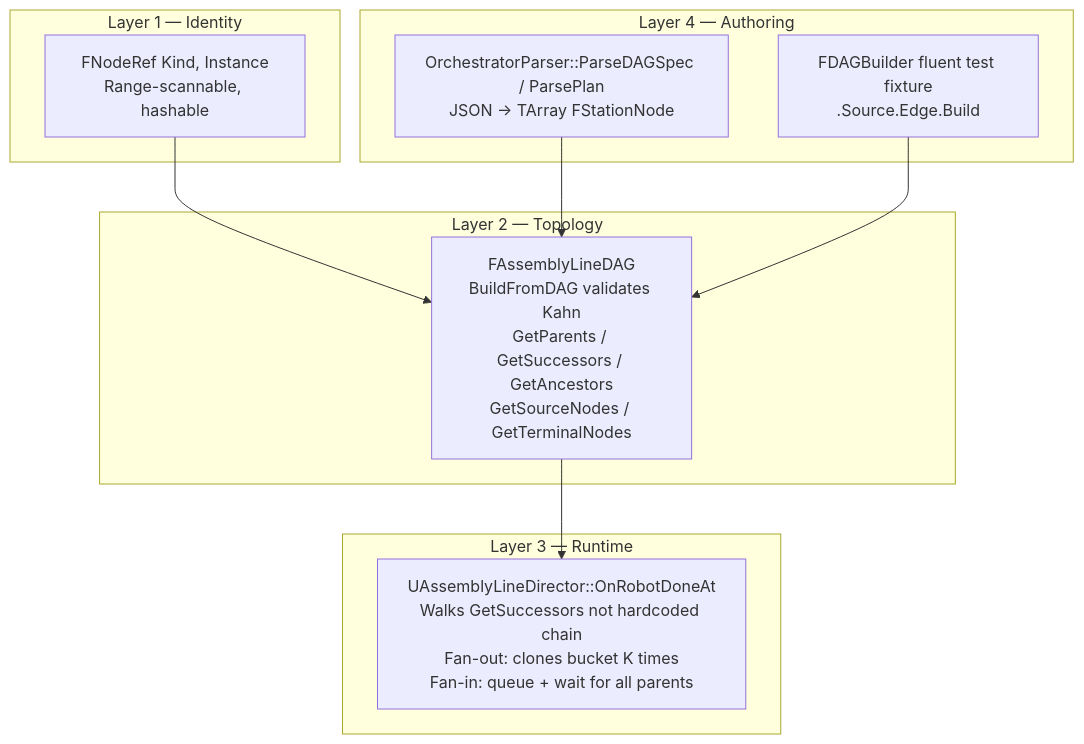
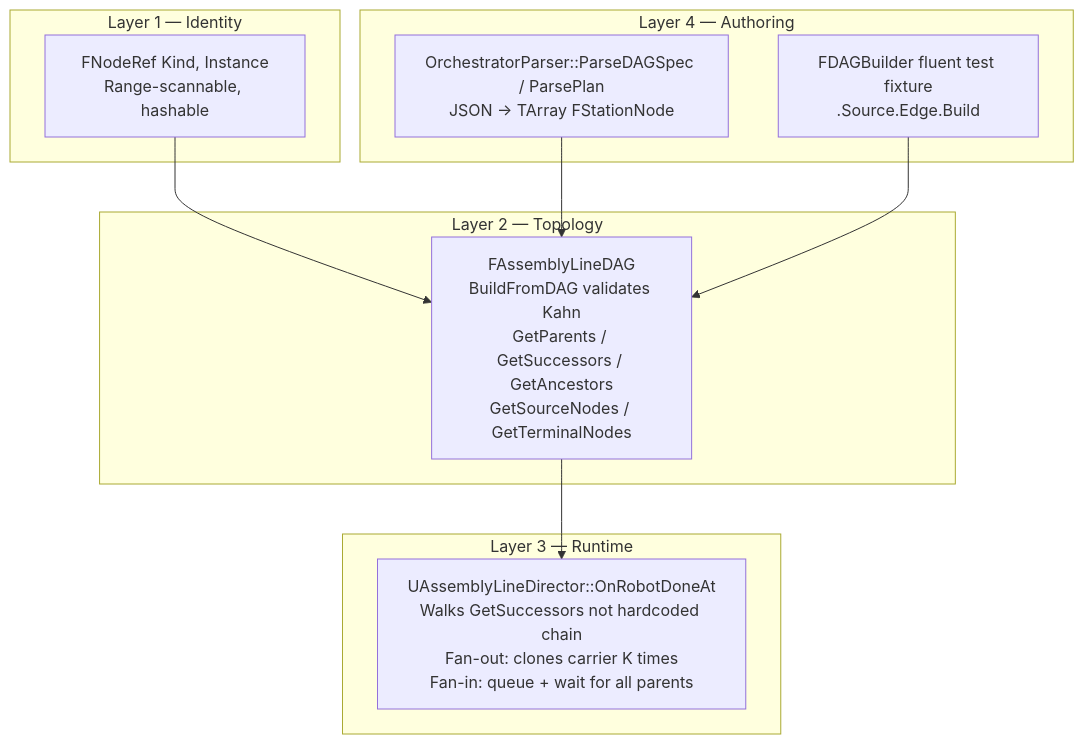
The fourth of 14 diagrams in README.md (eyupgurel/AssemblyLineSimul), drawn with Mermaid before and after one commit. The commit also changed other lines of this file and 2 other files, not shown here.

````diff
--- a/README.md
+++ b/README.md
@@ -392,24 +399,24 @@
 ```mermaid
 graph TB
   subgraph "Layer 1 — Identity"
     NodeRef[FNodeRef Kind, Instance<br/>Range-scannable, hashable]
   end
 
   subgraph "Layer 2 — Topology"
     DAG[FAssemblyLineDAG<br/>BuildFromDAG validates Kahn<br/>GetParents / GetSuccessors / GetAncestors<br/>GetSourceNodes / GetTerminalNodes]
   end
 
   subgraph "Layer 3 — Runtime"
-    Director[UAssemblyLineDirector::OnRobotDoneAt<br/>Walks GetSuccessors not hardcoded chain<br/>Fan-out: clones bucket K times<br/>Fan-in: queue + wait for all parents]
+    Director[UAssemblyLineDirector::OnRobotDoneAt<br/>Walks GetSuccessors not hardcoded chain<br/>Fan-out: clones carrier K times<br/>Fan-in: queue + wait for all parents]
   end
 
   subgraph "Layer 4 — Authoring"
     Parser[OrchestratorParser::ParseDAGSpec / ParsePlan<br/>JSON → TArray FStationNode]
     Builder[FDAGBuilder fluent test fixture<br/>.Source.Edge.Build]
   end
 
   NodeRef --> DAG
   DAG --> Director
   Parser --> DAG
   Builder --> DAG
 ```
````
